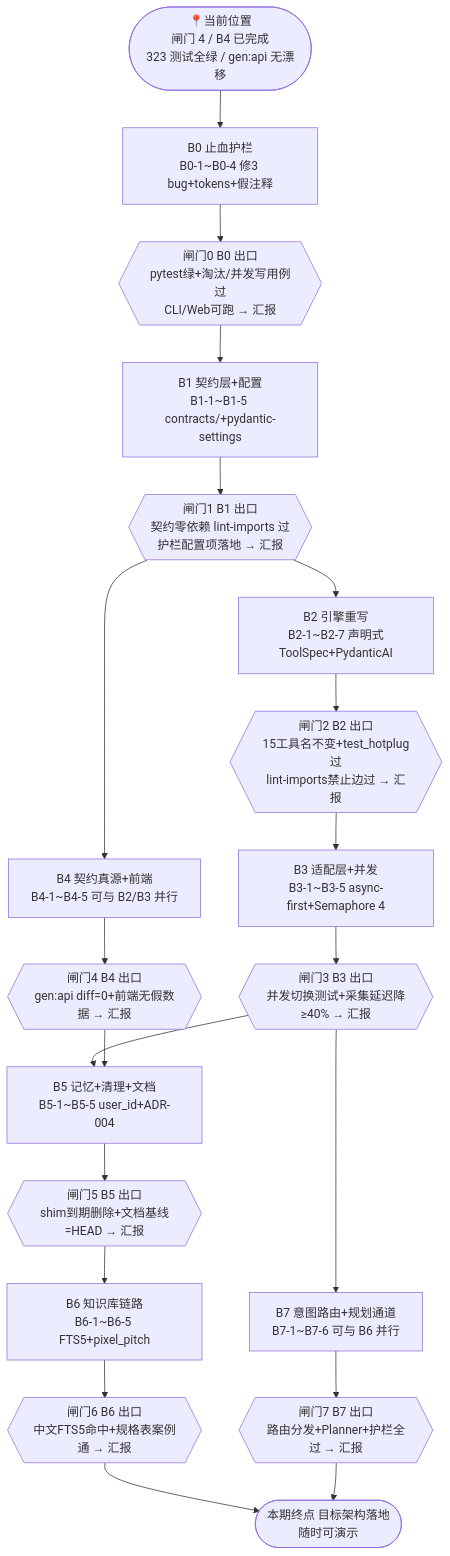
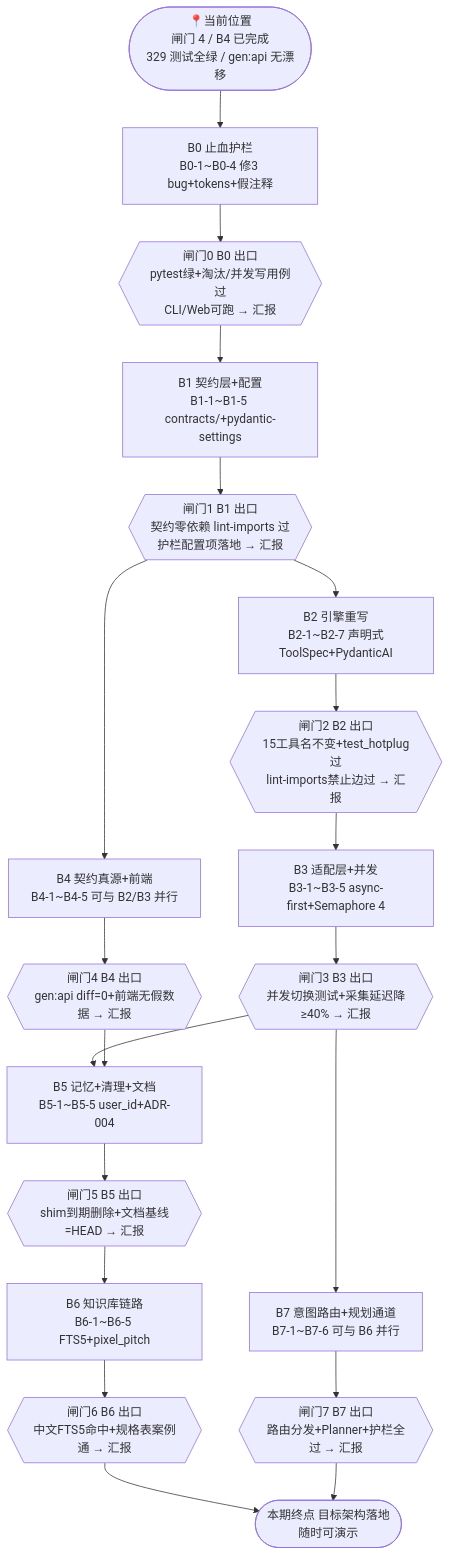
Before and after one commit to North-Q/LightTrail: the diagram in docs/codex-longterm-goal.md, drawn with Mermaid. The commit also changed other lines of this file and 2 other files, not shown here.

Commit message:
test(B4): 前端契约静态门禁 + 真实联调记录（闸门 4 证据加固）
- 新增 tests/test_frontend_contract.py（6 例）：生成物就位、无第二份手抄契约、
  api 层类型必须从 generated 派生、已删伪造辅助（confidenceMath/verdictFrom/parseTime/
  SessionPayload）不得回归、D3Page 读卡片字段、D2Page 读结构化 data 且无正则解析
- 实测门禁有效：注入含 confidenceMath 的探针文件 → 用例红；移除 → 绿
- devlog 补真实联调记录：CLI --pipeline rc=0；Web /api/decide 3/3 tool_result 带 data，
  真实卡片 verdict=go、confidence_detail(score 60 / 44-76 / 计数 1-3-1) 与 evidence 5 条一致；
  Web /api/chat token+done 正常；pytest 329 全绿

````diff
--- a/docs/codex-longterm-goal.md
+++ b/docs/codex-longterm-goal.md
@@ -24,23 +24,23 @@
 ```mermaid
 graph TD
-    S([📍当前位置<br/>闸门 4 / B4 已完成<br/>323 测试全绿 / gen:api 无漂移]) --> B0
+    S([📍当前位置<br/>闸门 4 / B4 已完成<br/>329 测试全绿 / gen:api 无漂移]) --> B0
 
     B0[B0 止血护栏<br/>B0-1~B0-4 修3 bug+tokens+假注释] --> G0{{闸门0 B0 出口<br/>pytest绿+淘汰/并发写用例过<br/>CLI/Web可跑 → 汇报}}
     G0 --> B1[B1 契约层+配置<br/>B1-1~B1-5 contracts/+pydantic-settings]
     B1 --> G1{{闸门1 B1 出口<br/>契约零依赖 lint-imports 过<br/>护栏配置项落地 → 汇报}}
     G1 --> B2[B2 引擎重写<br/>B2-1~B2-7 声明式ToolSpec+PydanticAI]
     G1 --> B4[B4 契约真源+前端<br/>B4-1~B4-5 可与 B2/B3 并行]
     B2 --> G2{{闸门2 B2 出口<br/>15工具名不变+test_hotplug过<br/>lint-imports禁止边过 → 汇报}}
     G2 --> B3[B3 适配层+并发<br/>B3-1~B3-5 async-first+Semaphore 4]
     B4 --> G4{{闸门4 B4 出口<br/>gen:api diff=0+前端无假数据 → 汇报}}
     B3 --> G3{{闸门3 B3 出口<br/>并发切换测试+采集延迟降≥40% → 汇报}}
     G3 --> B5[B5 记忆+清理+文档<br/>B5-1~B5-5 user_id+ADR-004]
     G4 --> B5
     B5 --> G5{{闸门5 B5 出口<br/>shim到期删除+文档基线=HEAD → 汇报}}
     G5 --> B6[B6 知识库链路<br/>B6-1~B6-5 FTS5+pixel_pitch]
     G3 --> B7[B7 意图路由+规划通道<br/>B7-1~B7-6 可与 B6 并行]
     B6 --> G6{{闸门6 B6 出口<br/>中文FTS5命中+规格表案例通 → 汇报}}
     B7 --> G7{{闸门7 B7 出口<br/>路由分发+Planner+护栏全过 → 汇报}}
     G6 --> Z([本期终点 目标架构落地<br/>随时可演示])
     G7 --> Z
 ```
````
